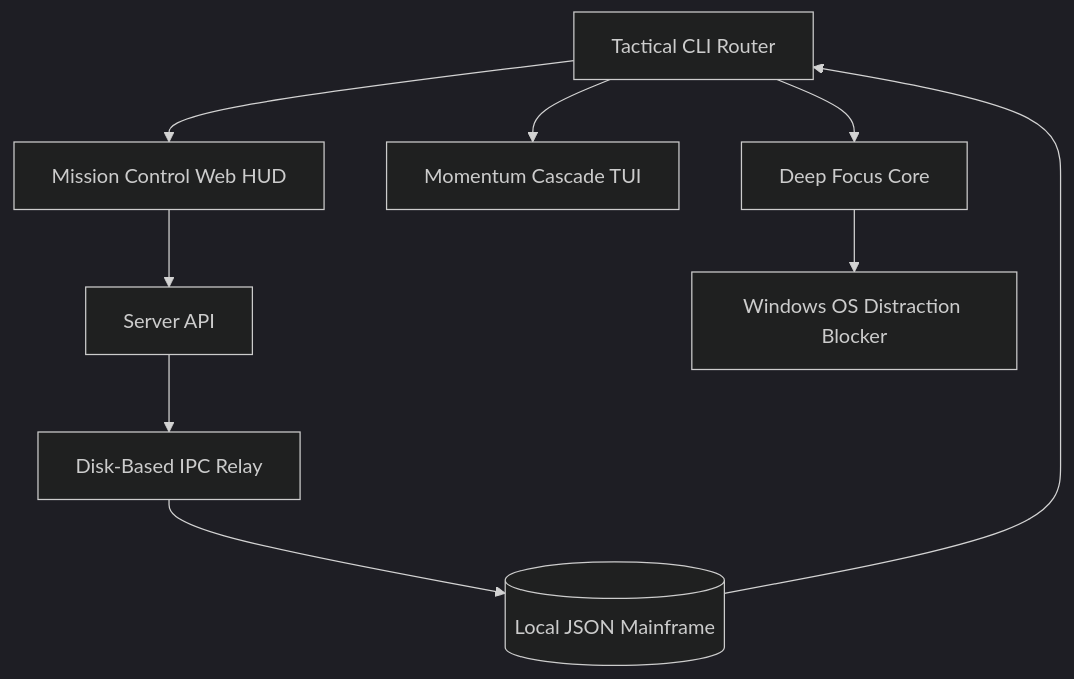
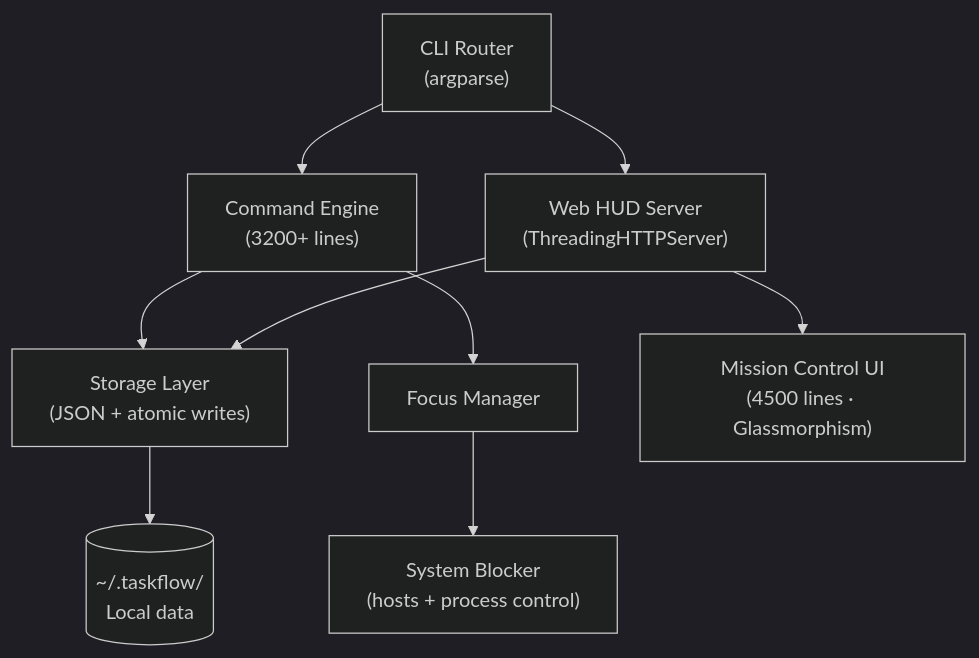
The diagram in README.md (Mohith535/TaskFlow), drawn with Mermaid (dark theme) before and after one commit. The commit also changed other lines of this file and 6 other files, not shown here.

````diff
--- a/README.md
+++ b/README.md
@@ -101,11 +242,15 @@
 ```mermaid
 graph TD
-    CLI[Tactical CLI Router] --> Engine[Deep Focus Core]
-    CLI --> UI_TUI[Momentum Cascade TUI]
-    CLI --> UI_WEB[Mission Control Web HUD]
-    UI_WEB --> API[Server API]
-    API --> IPC[Disk-Based IPC Relay]
-    IPC --> Storage[(Local JSON Mainframe)]
-    Engine --> System[Windows OS Distraction Blocker]
-    Storage --> CLI
+    CLI["CLI Router<br/>(argparse)"] --> CMD["Command Engine<br/>(3200+ lines)"]
+    CLI --> WEB["Web HUD Server<br/>(ThreadingHTTPServer)"]
+    
+    CMD --> DB["Storage Layer<br/>(JSON + atomic writes)"]
+    WEB --> DB
+    
+    CMD --> FM["Focus Manager"]
+    FM --> BLK["System Blocker<br/>(hosts + process control)"]
+    
+    WEB --> UI["Mission Control UI<br/>(4500 lines · Glassmorphism)"]
+    
+    DB --> FS[("~/.taskflow/<br/>Local data")]
 ```
````
